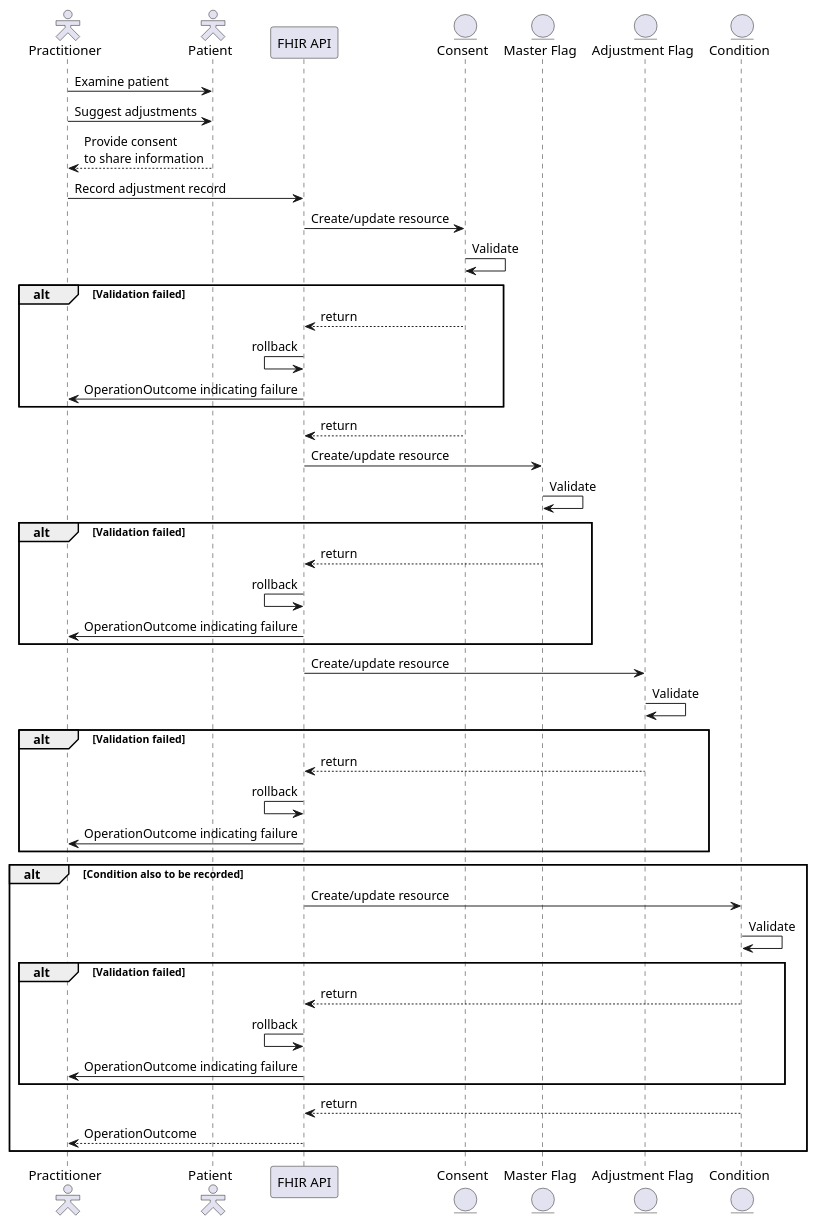
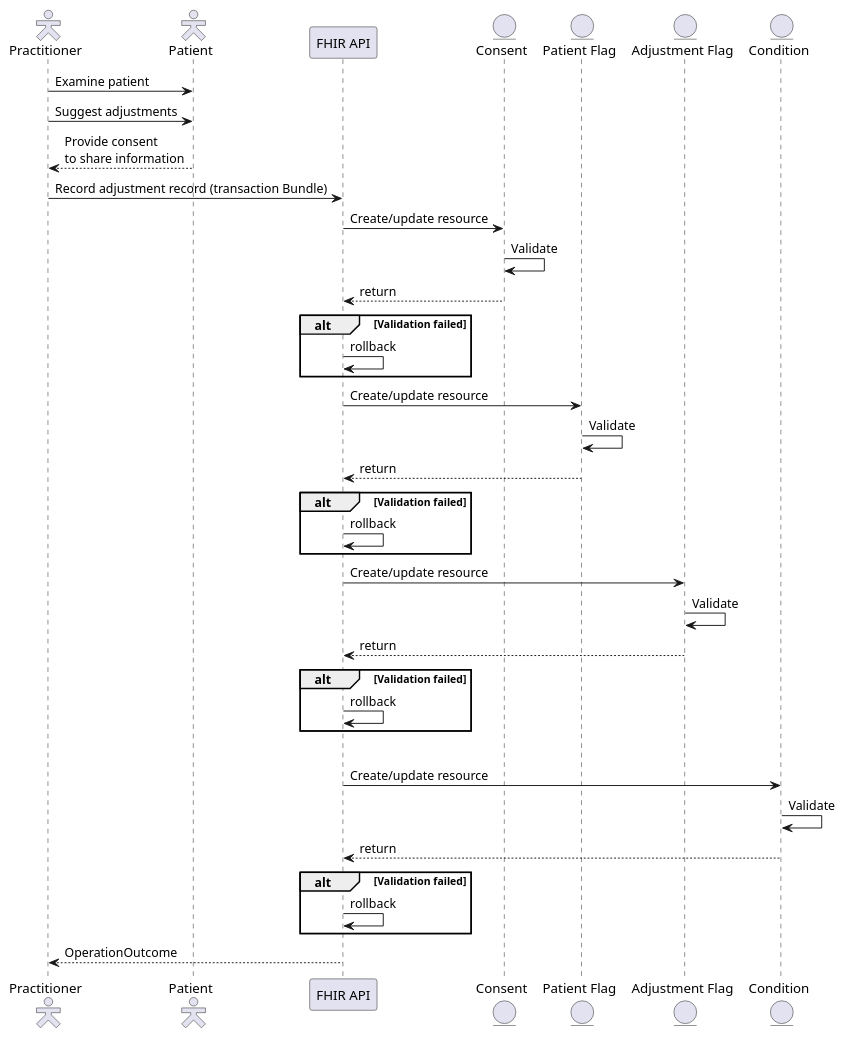
The diagram in input/images-source/add-record-sequence.plantuml (NHSDigital/ra-sandbox), drawn with PlantUML before and after one commit. The commit also changed 102 other files, not shown here.

```diff
--- a/input/images-source/add-record-sequence.plantuml
+++ b/input/images-source/add-record-sequence.plantuml
@@ -1,57 +1,49 @@
 @startuml
 
 skinparam actorStyle hollow
 
 actor        "Practitioner"     as pra
 actor        "Patient"          as pat
 participant  "FHIR API"         as api
 entity       "Consent"          as con
-entity       "Master Flag"      as mas
+entity       "Patient Flag"     as flg
 entity       "Adjustment Flag"  as adj
 entity       "Condition"        as cod
 
 pra ->  pat : Examine patient
 pra ->  pat : Suggest adjustments
 pra <-- pat : Provide consent\nto share information
 
-pra ->  api : Record adjustment record
+pra ->  api : Record adjustment record (transaction Bundle)
 
 api ->  con : Create/update resource
 con ->  con : Validate
+api <-- con : return
 alt Validation failed
-api <-- con : return
-api <- api : rollback
-api ->  pra : OperationOutcome indicating failure
+  api -> api : rollback
 end
-api <-- con : return
 
-api ->  mas : Create/update resource
-mas ->  mas : Validate
+api ->  flg : Create/update resource
+flg ->  flg : Validate
+api <-- flg : return
 alt Validation failed
-api <-- mas : return
-api <- api : rollback
-api ->  pra : OperationOutcome indicating failure
+  api -> api : rollback
 end
 
 api ->  adj : Create/update resource
 adj ->  adj : Validate
+api <-- adj : return
 alt Validation failed
-api <-- adj : return
-api <- api : rollback
-api ->  pra : OperationOutcome indicating failure
+  api -> api : rollback
 end
 
 alt Condition also to be recorded
 api ->  cod : Create/update resource
 cod ->  cod : Validate
+api <-- cod : return
 alt Validation failed
-api <-- cod : return
-api <- api : rollback
-api ->  pra : OperationOutcome indicating failure
+  api -> api : rollback
 end
-api <-- cod : return
 pra <-- api : OperationOutcome
-end
-
 
 @enduml
```
